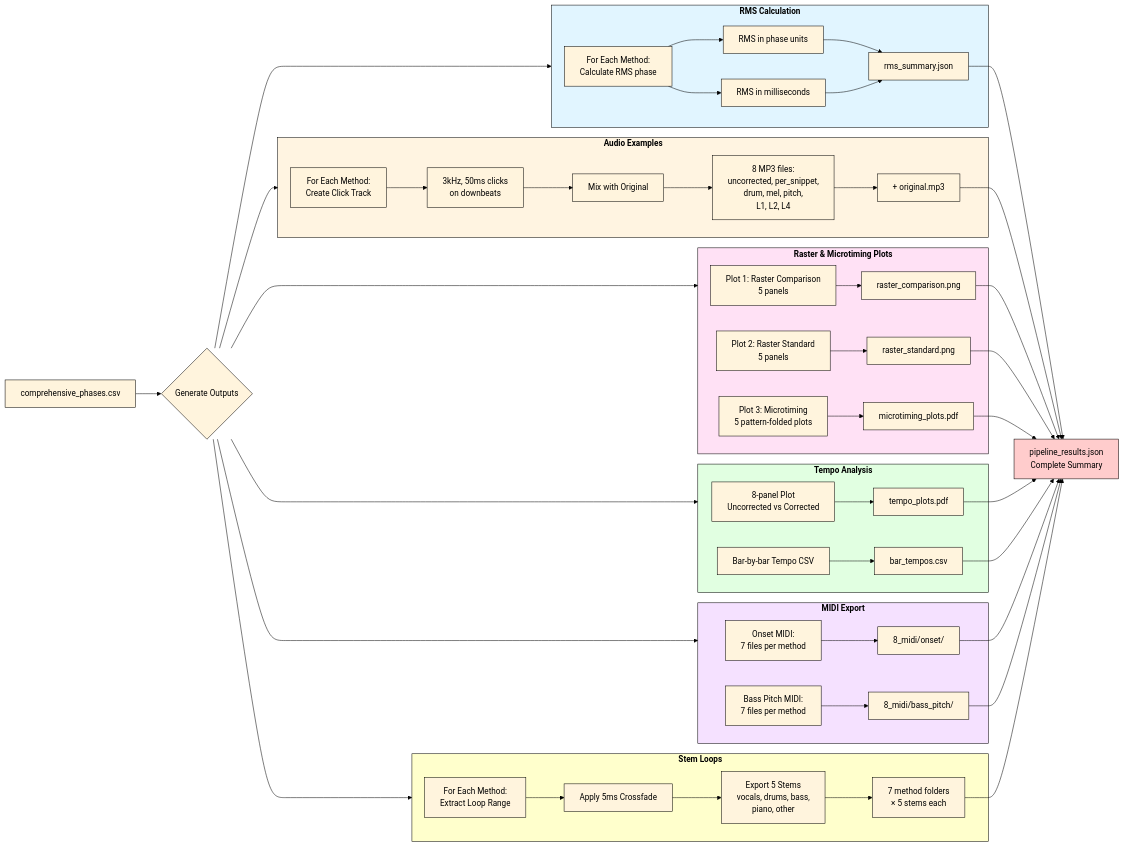
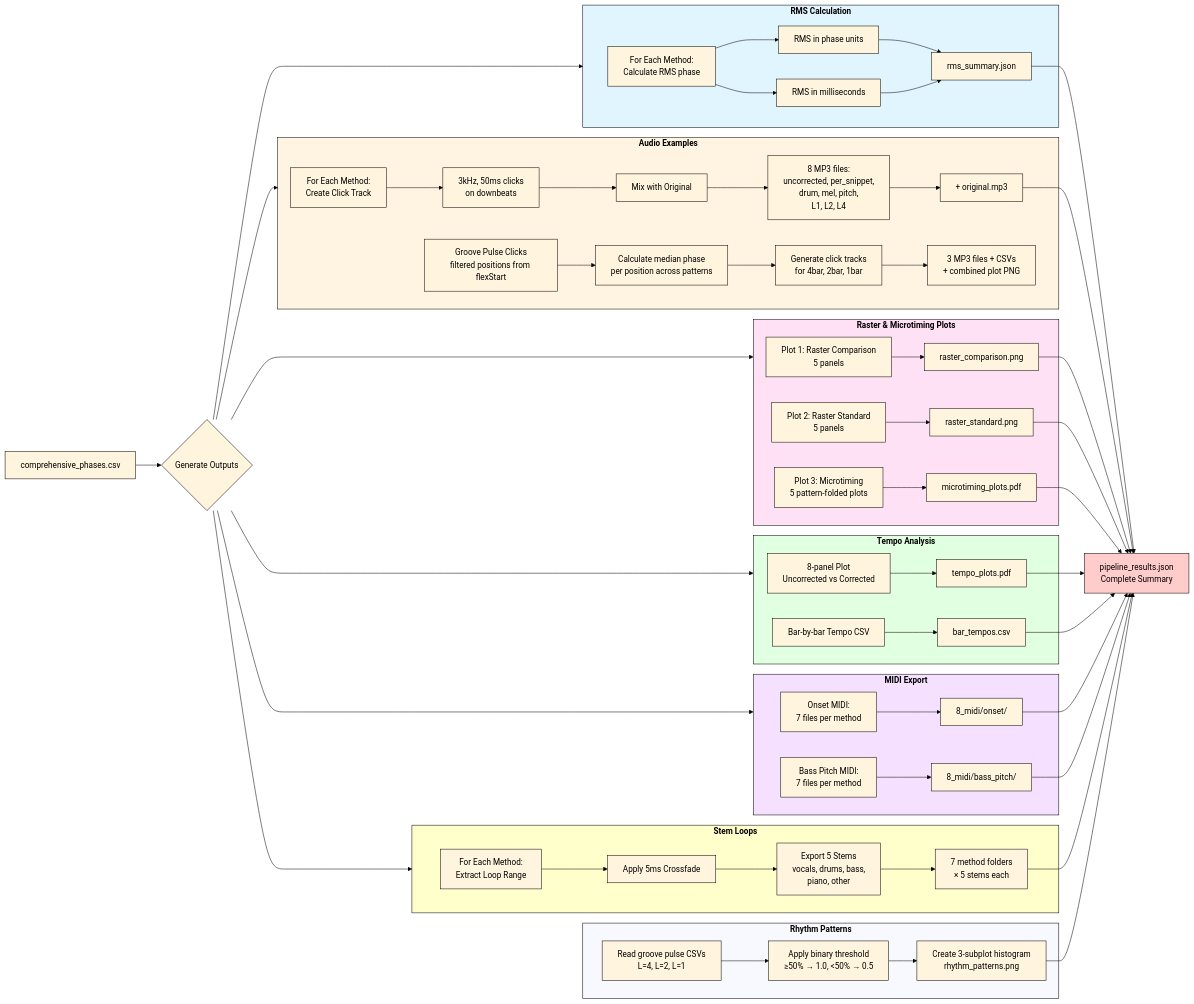
Before and after one commit to SanjaKrause/rhythm_analyser_prototype: the tenth of 13 diagrams in PIPELINE_DIAGRAM.md, drawn with Mermaid. The commit also changed other lines of this file and 4 other files, not shown here.

First line of the commit message:
Add rhythm pattern visualization with binary threshold conversion

````diff
--- a/PIPELINE_DIAGRAM.md
+++ b/PIPELINE_DIAGRAM.md
@@ -750,67 +751,77 @@
 ```mermaid
 %%{init: {'theme':'base', 'themeVariables': { 'primaryTextColor':'#000','primaryBorderColor':'#000','lineColor':'#000','clusterBorder':'#000','edgeLabelBackground':'#fff'}}}%%
 flowchart LR
     Input[comprehensive_phases.csv] --> Split{Generate Outputs}
 
     Split --> RMS
     Split --> Audio
     Split --> Plots
     Split --> Tempo
     Split --> MIDI
     Split --> Loops
 
     subgraph RMS["<b>RMS Calculation</b>"]
         R1[For Each Method:<br/>Calculate RMS phase] --> R2[RMS in phase units]
         R1 --> R3[RMS in milliseconds]
         R2 --> R4[rms_summary.json]
         R3 --> R4
     end
 
     subgraph Audio["<b>Audio Examples</b>"]
         A1[For Each Method:<br/>Create Click Track] --> A2[3kHz, 50ms clicks<br/>on downbeats]
         A2 --> A3[Mix with Original]
         A3 --> A4[8 MP3 files:<br/>uncorrected, per_snippet,<br/>drum, mel, pitch,<br/>L1, L2, L4]
         A4 --> A5[+ original.mp3]
+
+        A6[Groove Pulse Clicks<br/>filtered positions from flexStart] --> A7[Calculate median phase<br/>per position across patterns]
+        A7 --> A8[Generate click tracks<br/>for 4bar, 2bar, 1bar]
+        A8 --> A9[3 MP3 files + CSVs<br/>+ combined plot PNG]
     end
 
     subgraph Plots["<b>Raster & Microtiming Plots</b>"]
         P1[Plot 1: Raster Comparison<br/>5 panels] --> P4[raster_comparison.png]
         P2[Plot 2: Raster Standard<br/>5 panels] --> P5[raster_standard.png]
         P3[Plot 3: Microtiming<br/>5 pattern-folded plots] --> P6[microtiming_plots.pdf]
     end
 
     subgraph Tempo["<b>Tempo Analysis</b>"]
         T1[8-panel Plot<br/>Uncorrected vs Corrected] --> T3[tempo_plots.pdf]
         T2[Bar-by-bar Tempo CSV] --> T4[bar_tempos.csv]
     end
 
     subgraph MIDI["<b>MIDI Export</b>"]
         M1[Onset MIDI:<br/>7 files per method] --> M3[8_midi/onset/]
         M2[Bass Pitch MIDI:<br/>7 files per method] --> M4[8_midi/bass_pitch/]
     end
 
     subgraph Loops["<b>Stem Loops</b>"]
         L1[For Each Method:<br/>Extract Loop Range] --> L2[Apply 5ms Crossfade]
         L2 --> L3[Export 5 Stems<br/>vocals, drums, bass,<br/>piano, other]
         L3 --> L4[7 method folders<br/>× 5 stems each]
     end
 
+    subgraph RhythmPatterns["<b>Rhythm Patterns</b>"]
+        RP1[Read groove pulse CSVs<br/>L=4, L=2, L=1] --> RP2[Apply binary threshold<br/>≥50% → 1.0, <50% → 0.5]
+        RP2 --> RP3[Create 3-subplot histogram<br/>rhythm_patterns.png]
+    end
+
     R4 --> Final
     A5 --> Final
     P4 --> Final
     P5 --> Final
     P6 --> Final
     T3 --> Final
     T4 --> Final
     M3 --> Final
     M4 --> Final
-    L4 --> Final[pipeline_results.json<br/>Complete Summary]
+    L4 --> Final
+    RP3 --> Final[pipeline_results.json<br/>Complete Summary]
 
     style RMS fill:#e1f5ff,stroke:#000,color:#000
     style Audio fill:#fff4e1,stroke:#000,color:#000
     style Plots fill:#ffe1f5,stroke:#000,color:#000
     style Tempo fill:#e1ffe1,stroke:#000,color:#000
     style MIDI fill:#f5e1ff,stroke:#000,color:#000
     style Loops fill:#ffffcc,stroke:#000,color:#000
     style Final fill:#ffcccc,stroke:#000,color:#000
 ```
````
